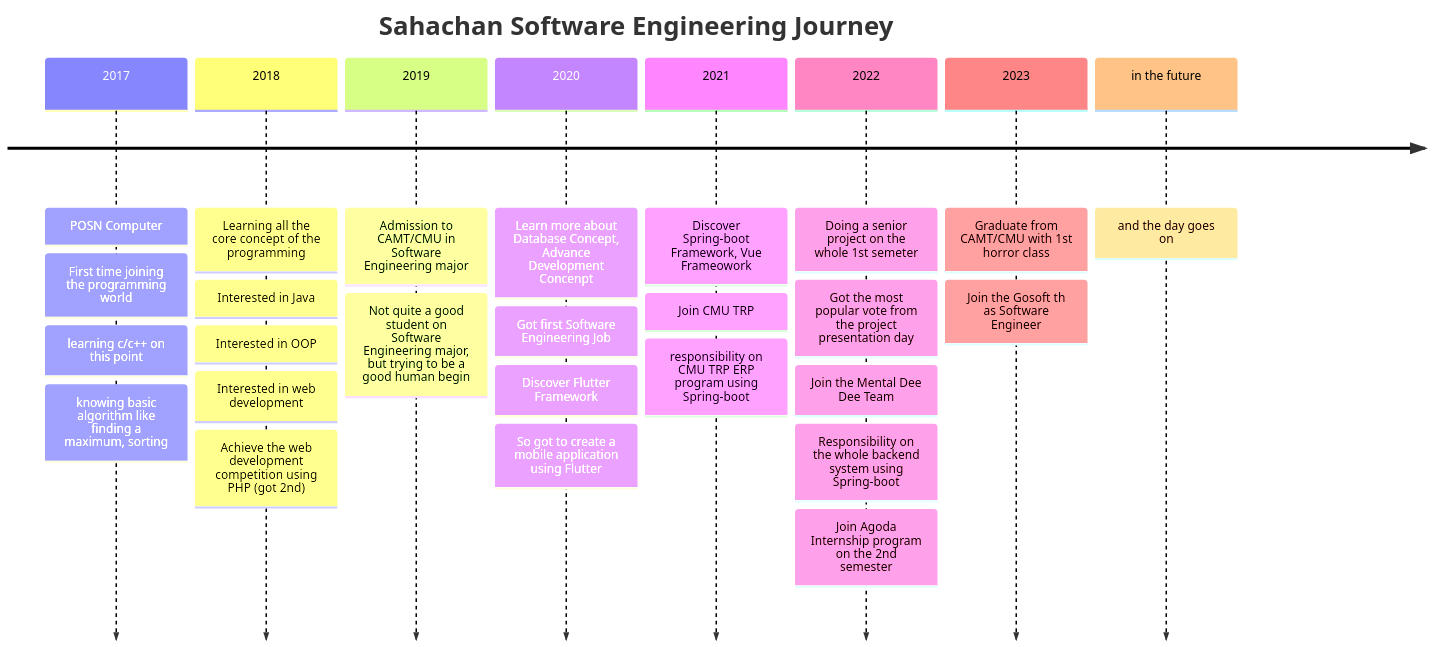
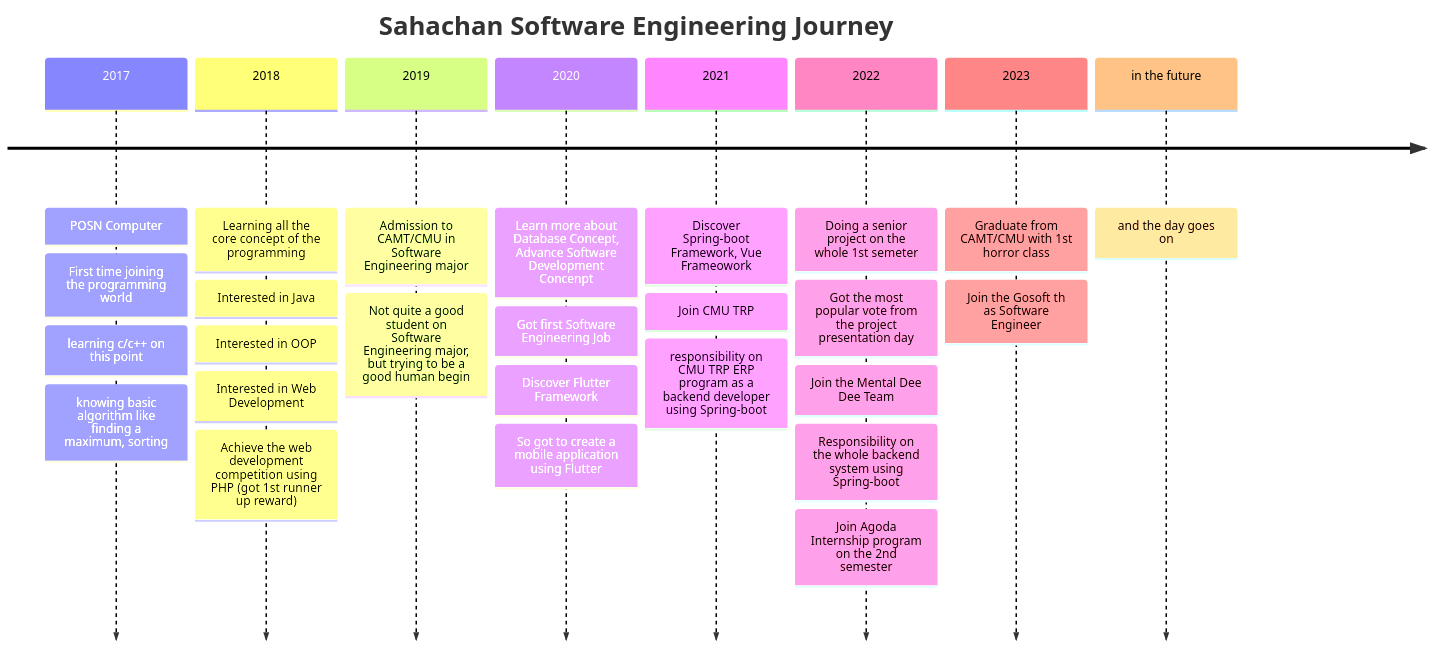
The diagram in README.md (oat431/oat431), drawn with Mermaid before and after one commit. The commit also changed other lines of this file, not shown here.

Commit message:
📝 Update README.md

````diff
--- a/README.md
+++ b/README.md
@@ -62,30 +62,30 @@
 ```mermaid
 timeline
     title Sahachan Software Engineering Journey
     2017 : POSN Computer
          : First time joining the programming world
          : learning c/c++ on this point
          : knowing basic algorithm like finding a maximum, sorting
     2018 : Learning all the core concept of the programming
          : Interested in Java
          : Interested in OOP
-         : Interested in web development
-         : Achieve the web development competition using PHP (got 2nd)
+         : Interested in Web Development
+         : Achieve the web development competition using PHP (got 1st runner up reward)
     2019 : Admission to CAMT/CMU in Software Engineering major
          : Not quite a good student on Software Engineering major, but trying to be a good human begin
-    2020 : Learn more about Database Concept, Advance Development Concenpt
+    2020 : Learn more about Database Concept, Advance Software Development Concenpt
          : Got first Software Engineering Job
          : Discover Flutter Framework
          : So got to create a mobile application using Flutter
     2021 : Discover Spring-boot Framework, Vue Frameowork
          : Join CMU TRP
-         : responsibility on CMU TRP ERP program using Spring-boot
+         : responsibility on CMU TRP ERP program as a backend developer using Spring-boot
     2022 : Doing a senior project on the whole 1st semeter
          : Got the most popular vote from the project presentation day
          : Join the Mental Dee Dee Team
          : Responsibility on the whole backend system using Spring-boot
          : Join Agoda Internship program on the 2nd semester
     2023 : Graduate from CAMT/CMU with 1st horror class
          : Join the Gosoft th as Software Engineer
     in the future : and the day goes on
 ```
````
